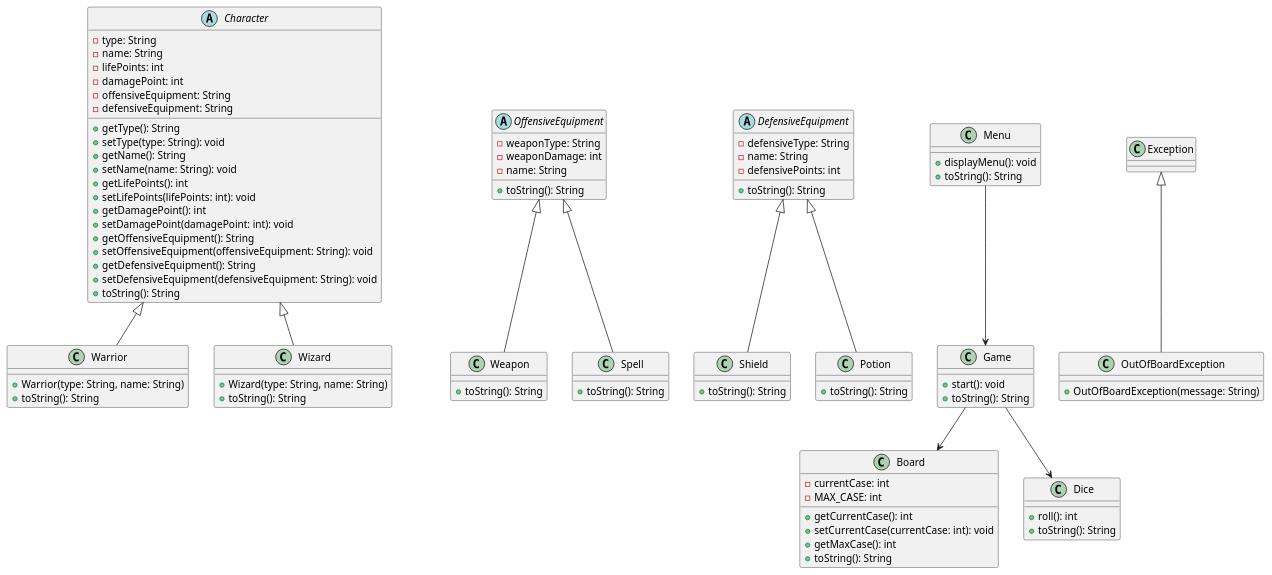
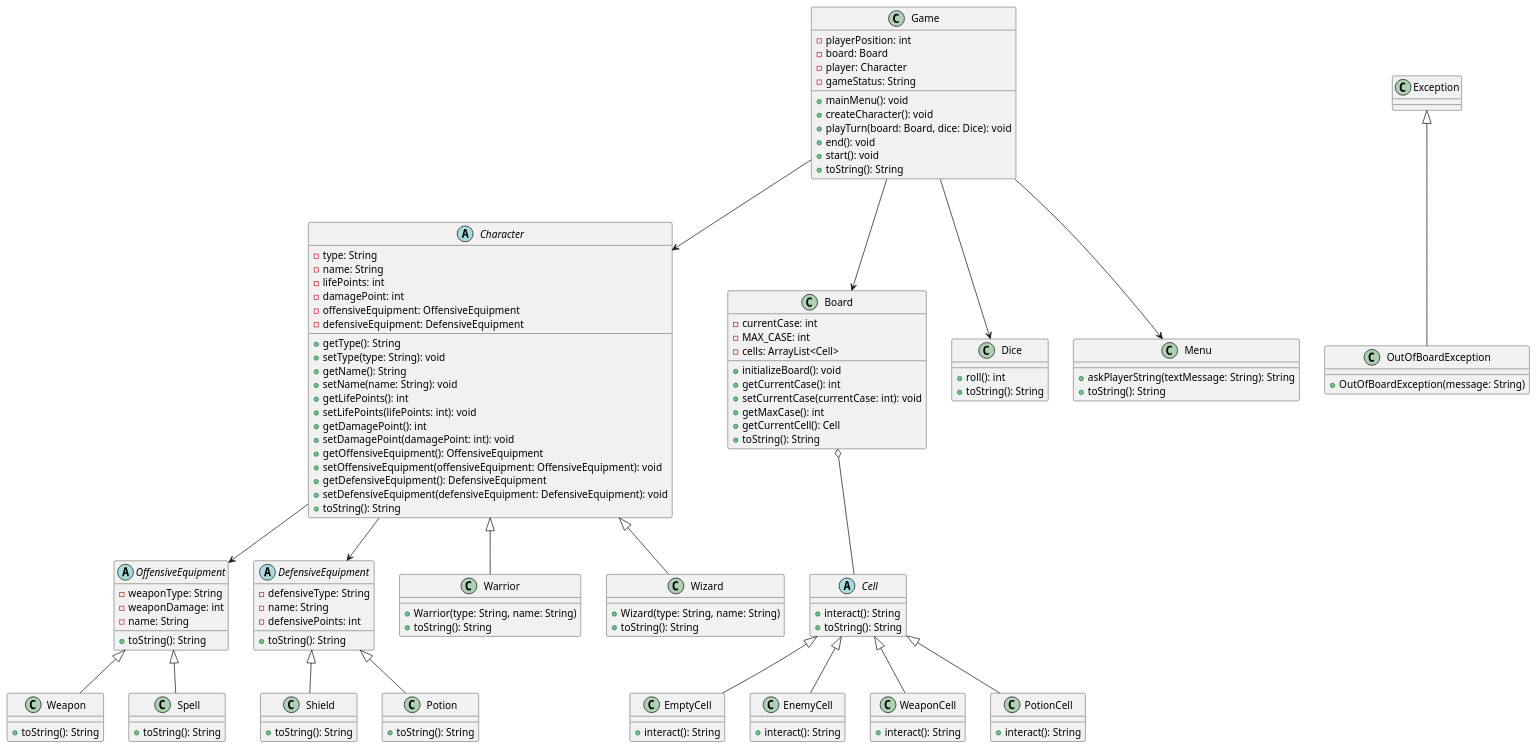
The diagram in DD/uml_diagram.puml (Erozah/D-D), drawn with PlantUML before and after one commit. The commit also changed 3 other files, not shown here.

Commit message:
Update borad documentation and update UML

```diff
--- a/DD/uml_diagram.puml
+++ b/DD/uml_diagram.puml
@@ -1,110 +1,150 @@
 @startuml
 
 ' Classes abstraites
 abstract class Character {
   - type: String
   - name: String
   - lifePoints: int
   - damagePoint: int
-  - offensiveEquipment: String
-  - defensiveEquipment: String
+  - offensiveEquipment: OffensiveEquipment
+  - defensiveEquipment: DefensiveEquipment
   + getType(): String
   + setType(type: String): void
   + getName(): String
   + setName(name: String): void
   + getLifePoints(): int
   + setLifePoints(lifePoints: int): void
   + getDamagePoint(): int
   + setDamagePoint(damagePoint: int): void
-  + getOffensiveEquipment(): String
-  + setOffensiveEquipment(offensiveEquipment: String): void
-  + getDefensiveEquipment(): String
-  + setDefensiveEquipment(defensiveEquipment: String): void
+  + getOffensiveEquipment(): OffensiveEquipment
+  + setOffensiveEquipment(offensiveEquipment: OffensiveEquipment): void
+  + getDefensiveEquipment(): DefensiveEquipment
+  + setDefensiveEquipment(defensiveEquipment: DefensiveEquipment): void
   + toString(): String
 }
 
 abstract class OffensiveEquipment {
   - weaponType: String
   - weaponDamage: int
   - name: String
   + toString(): String
 }
 
 abstract class DefensiveEquipment {
   - defensiveType: String
   - name: String
   - defensivePoints: int
+  + toString(): String
+}
+
+abstract class Cell {
+  + interact(): String
   + toString(): String
 }
 
 ' Classes concrètes
 class Warrior {
   + Warrior(type: String, name: String)
   + toString(): String
 }
 
 class Wizard {
   + Wizard(type: String, name: String)
   + toString(): String
 }
 
 class Weapon {
   + toString(): String
 }
 
 class Spell {
   + toString(): String
 }
 
 class Shield {
   + toString(): String
 }
 
 class Potion {
   + toString(): String
 }
 
+class EmptyCell {
+  + interact(): String
+}
+
+class EnemyCell {
+  + interact(): String
+}
+
+class WeaponCell {
+  + interact(): String
+}
+
+class PotionCell {
+  + interact(): String
+}
+
 ' Autres classes
 class Board {
   - currentCase: int
   - MAX_CASE: int
+  - cells: ArrayList<Cell>
+  + initializeBoard(): void
   + getCurrentCase(): int
   + setCurrentCase(currentCase: int): void
   + getMaxCase(): int
+  + getCurrentCell(): Cell
   + toString(): String
 }
 
 class Dice {
   + roll(): int
   + toString(): String
 }
 
 class Game {
+  - playerPosition: int
+  - board: Board
+  - player: Character
+  - gameStatus: String
+  + mainMenu(): void
+  + createCharacter(): void
+  + playTurn(board: Board, dice: Dice): void
+  + end(): void
   + start(): void
   + toString(): String
 }
 
 class Menu {
-  + displayMenu(): void
+  + askPlayerString(textMessage: String): String
   + toString(): String
 }
 
 class OutOfBoardException {
   + OutOfBoardException(message: String)
 }
 
 ' Relations d'héritage
 Character <|-- Warrior
 Character <|-- Wizard
 OffensiveEquipment <|-- Weapon
 OffensiveEquipment <|-- Spell
 DefensiveEquipment <|-- Shield
 DefensiveEquipment <|-- Potion
+Cell <|-- EmptyCell
+Cell <|-- EnemyCell
+Cell <|-- WeaponCell
+Cell <|-- PotionCell
 Exception <|-- OutOfBoardException
 
 ' Relations d'association
 Game --> Board
 Game --> Dice
-Menu --> Game
+Game --> Menu
+Game --> Character
+Board o-- Cell
+Character --> OffensiveEquipment
+Character --> DefensiveEquipment
 
 @enduml
```
